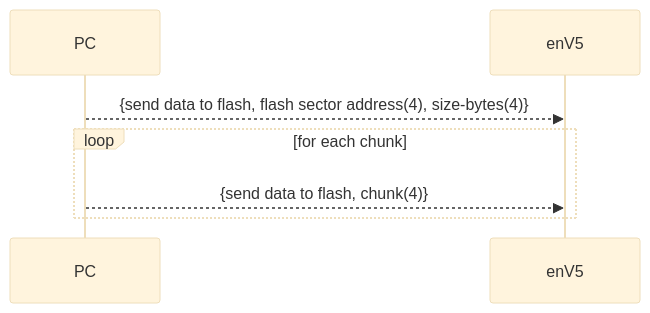
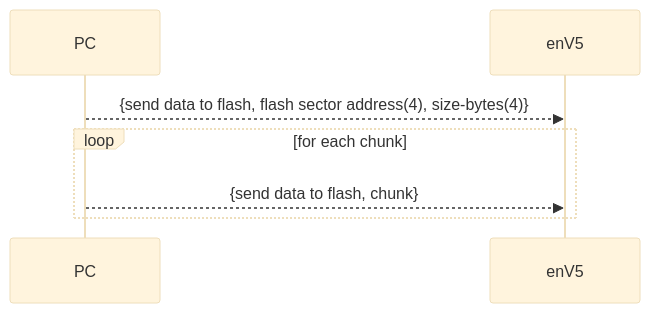
Before and after one commit to es-ude/elastic-ai.runtime.enV5: the fifth of 10 diagrams in python_utils/usb/README.adoc, drawn with Mermaid (base theme). The commit also changed other lines of this file, not shown here.

```diff
--- a/python_utils/usb/README.adoc
+++ b/python_utils/usb/README.adoc
@@ -79,8 +78,8 @@
 [mermaid]
 ....
 sequenceDiagram
     PC-->>enV5: {send data to flash, flash sector address(4), size-bytes(4)}
     loop for each chunk
-    PC -->> enV5: {send data to flash, chunk(4)}
+    PC -->> enV5: {send data to flash, chunk}
     end
 ....
```
